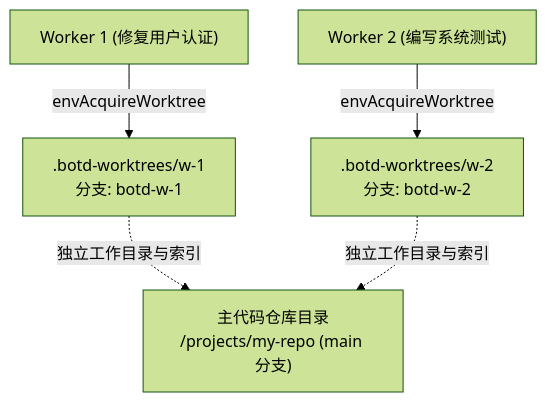
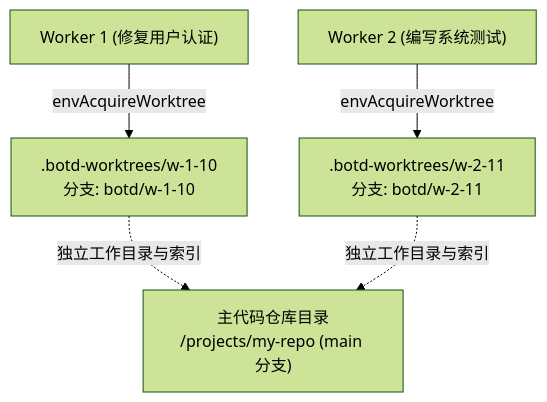
One commit to team4u/botd changed the fourth of 6 diagrams in docs/architecture.md. Above: the diagram before and after it, drawn with Mermaid (forest theme). The commit also changed other lines of this file and 21 other files, not shown here.

````diff
--- a/docs/architecture.md
+++ b/docs/architecture.md
@@ -285,13 +292,13 @@
 ```mermaid
 flowchart TD
     Repo["主代码仓库目录<br/>/projects/my-repo (main 分支)"]
     W1["Worker 1 (修复用户认证)"]
     W2["Worker 2 (编写系统测试)"]
-    WT1[".botd-worktrees/w-1<br/>分支: botd-w-1"]
-    WT2[".botd-worktrees/w-2<br/>分支: botd-w-2"]
+    WT1[".botd-worktrees/w-1-10<br/>分支: botd/w-1-10"]
+    WT2[".botd-worktrees/w-2-11<br/>分支: botd/w-2-11"]
 
     W1 -->|"envAcquireWorktree"| WT1
     W2 -->|"envAcquireWorktree"| WT2
     WT1 -.->|"独立工作目录与索引"| Repo
     WT2 -.->|"独立工作目录与索引"| Repo
 ```
````
